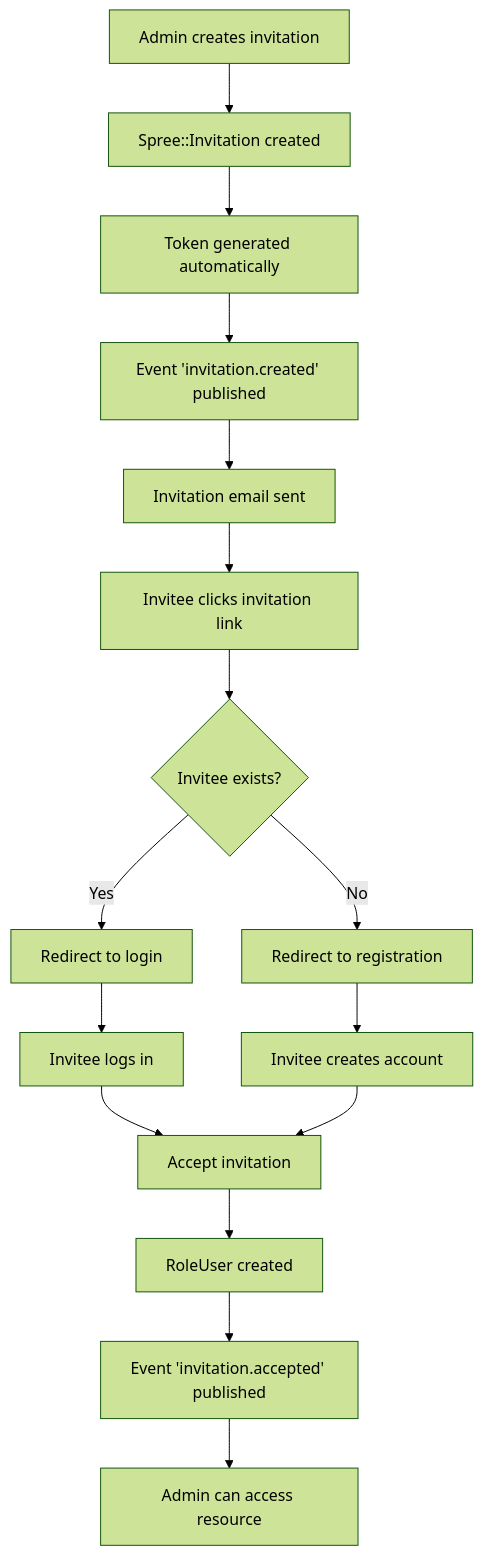
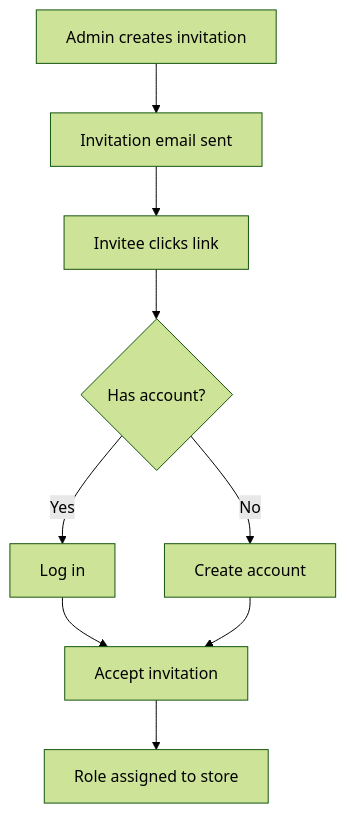
The third of 3 diagrams in docs/developer/core-concepts/users.mdx (spree/spree), drawn with Mermaid (forest theme) before and after one commit. The commit also changed other lines of this file and 363 other files, not shown here.

````diff
--- a/docs/developer/core-concepts/users.mdx
+++ b/docs/developer/core-concepts/users.mdx
@@ -247,18 +266,11 @@
 ```mermaid
 flowchart TB
-    A[Admin creates invitation] --> B[Spree::Invitation created]
-    B --> C[Token generated automatically]
-    C --> D["Event 'invitation.created' published"]
-    D --> E[Invitation email sent]
-    E --> F[Invitee clicks invitation link]
-    F --> G{Invitee exists?}
-    G -->|Yes| H[Redirect to login]
-    G -->|No| I[Redirect to registration]
-    H --> J[Invitee logs in]
-    I --> K[Invitee creates account]
-    J --> L[Accept invitation]
-    K --> L
-    L --> M[RoleUser created]
-    M --> N["Event 'invitation.accepted' published"]
-    N --> O[Admin can access resource]
+    A[Admin creates invitation] --> B[Invitation email sent]
+    B --> C[Invitee clicks link]
+    C --> D{Has account?}
+    D -->|Yes| E[Log in]
+    D -->|No| F[Create account]
+    E --> G[Accept invitation]
+    F --> G
+    G --> H[Role assigned to store]
 ```
````
